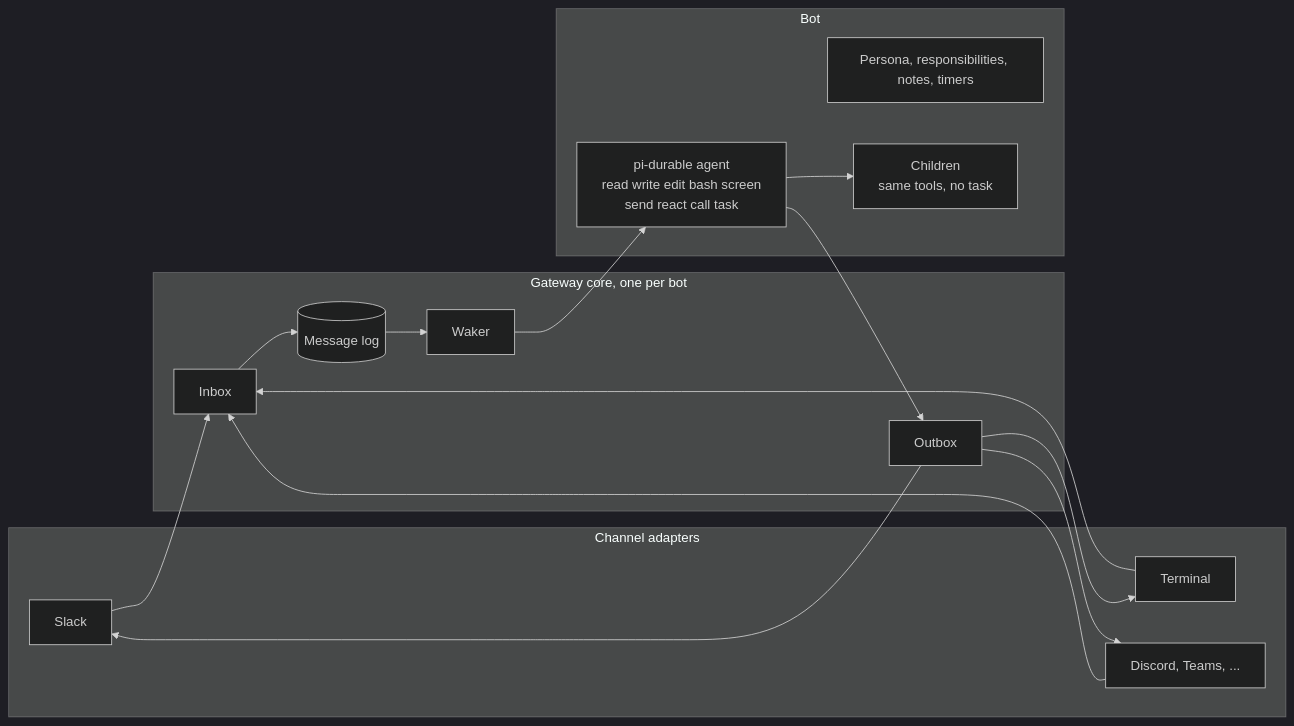
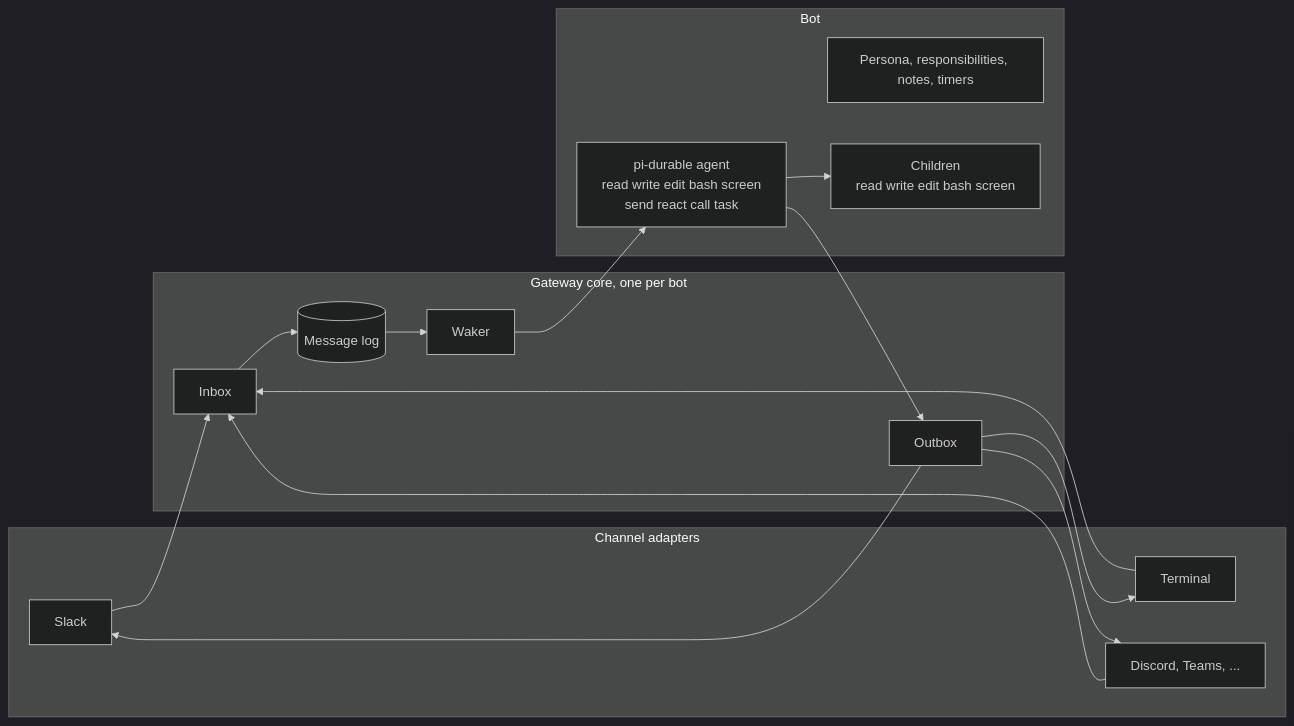
One commit to Crokily/pi-durable-bot changed the second of 2 diagrams in README.md. Above: the diagram before and after it, drawn with Mermaid (dark theme). The commit also changed other lines of this file and 6 other files, not shown here.

Commit message:
Children have read, write, edit, bash and screen, without send, react and call, and their prompt no longer says how to use them

````diff
--- a/README.md
+++ b/README.md
@@ -213,27 +213,27 @@
 ```mermaid
 flowchart LR
   subgraph Adapters[Channel adapters]
     S[Slack]
     T[Terminal]
     D[Discord, Teams, ...]
   end
   subgraph Gateway[Gateway core, one per bot]
     I[Inbox] --> G[(Message log)]
     G --> K[Waker]
     O[Outbox]
   end
   subgraph Bot[Bot]
     P[Persona, responsibilities, notes, timers]
     A[pi-durable agent<br/>read write edit bash screen<br/>send react call task]
-    C[Children<br/>same tools, no task]
+    C[Children<br/>read write edit bash screen]
     A --> C
   end
   S --> I
   T --> I
   D --> I
   K --> A
   A --> O
   O --> S
   O --> T
   O --> D
 ```
````
